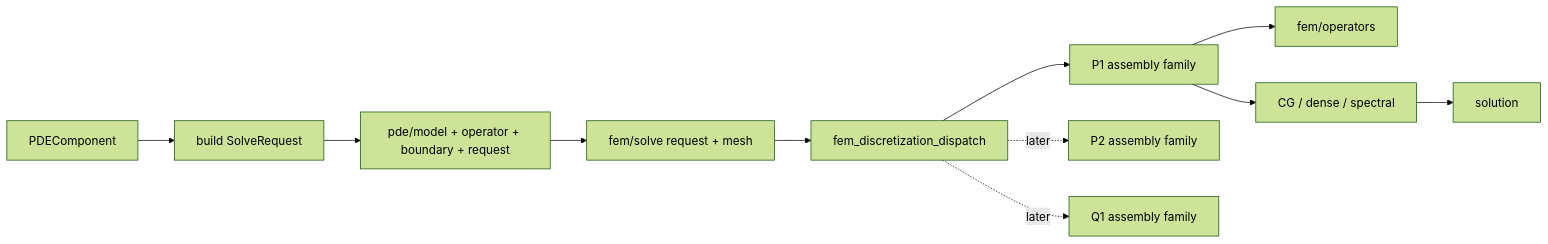
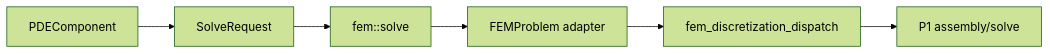
Before and after one commit to anshelino0606/DelaunayForge: the first of 6 diagrams in src/math/ARCHITECTURE.md, drawn with Mermaid (forest theme). The commit also changed other lines of this file and 64 other files, not shown here.

````diff
--- a/src/math/ARCHITECTURE.md
+++ b/src/math/ARCHITECTURE.md
@@ -3,13 +3,8 @@
 ```mermaid
 flowchart LR
-    UI[PDEComponent] --> Req[build SolveRequest]
-    Req --> PDE[pde/model + operator + boundary + request]
-    PDE --> FEM[fem/solve request + mesh]
-    FEM --> Basis[fem_discretization_dispatch]
-    Basis --> P1[P1 assembly family]
-    Basis -. later .-> P2[P2 assembly family]
-    Basis -. later .-> Q1[Q1 assembly family]
-    P1 --> FEMOps[fem/operators]
-    P1 --> Solver[CG / dense / spectral]
-    Solver --> Sol[solution]
+    C[PDEComponent] --> R[SolveRequest]
+    R --> D[fem::solve]
+    D --> F[FEMProblem adapter]
+    F --> B[fem_discretization_dispatch]
+    B --> P1[P1 assembly/solve]
 ```
````
